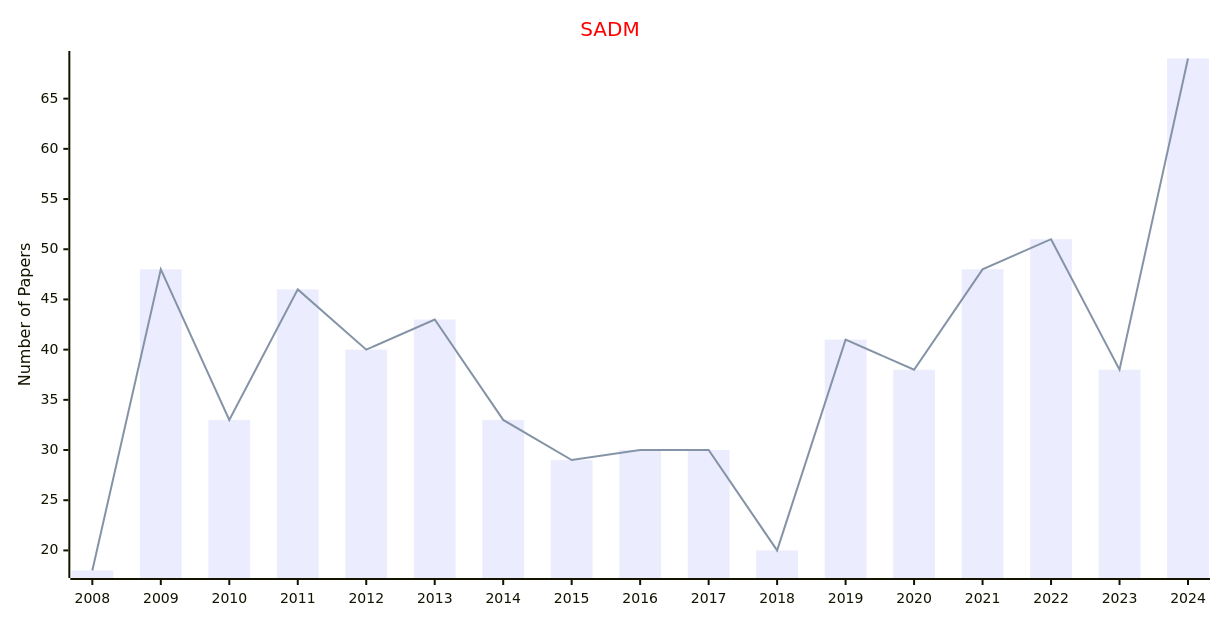
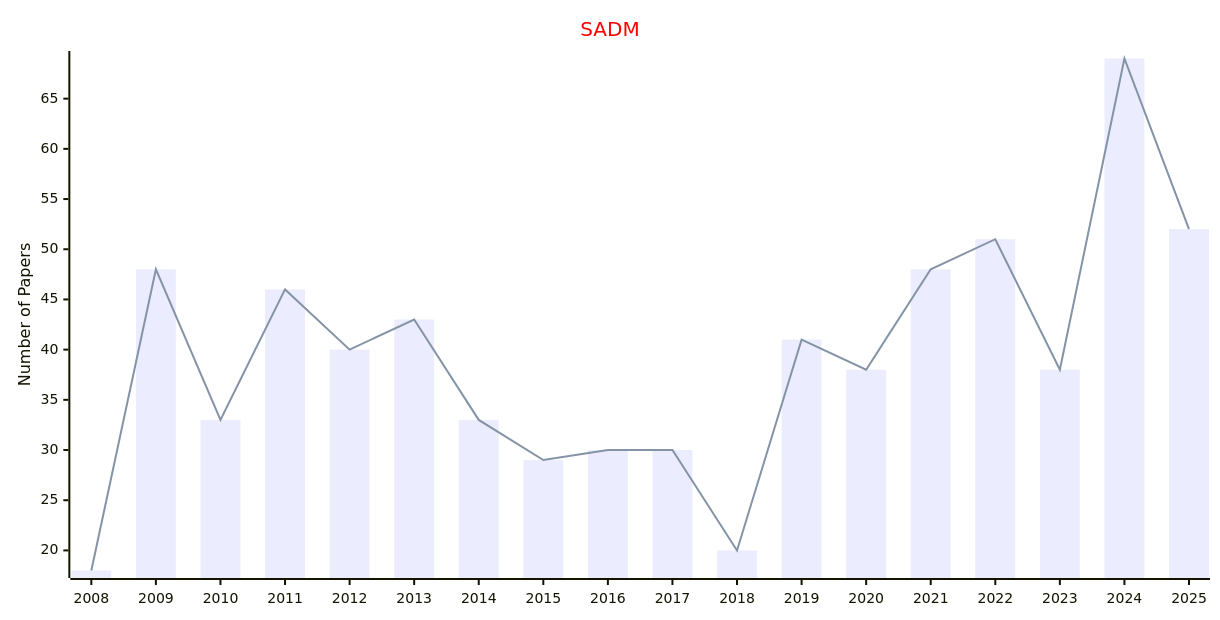
One commit to Easy-PhD/AILinks changed the diagram in docs/data/Journals/Statistics_Journals/Statistical_Analysis.md. Above: the diagram before and after it, drawn with Mermaid. The commit also changed 107 other files, not shown here.

````diff
--- a/docs/data/Journals/Statistics_Journals/Statistical_Analysis.md
+++ b/docs/data/Journals/Statistics_Journals/Statistical_Analysis.md
@@ -9,17 +9,17 @@
 ```mermaid
 ---
 config:
     xyChart:
         width: 1200
         height: 600
     themeVariables:
         xyChart:
             titleColor: "#ff0000"
 ---
 xychart-beta
     title "SADM"
-    x-axis [2008, 2009, 2010, 2011, 2012, 2013, 2014, 2015, 2016, 2017, 2018, 2019, 2020, 2021, 2022, 2023, 2024]
+    x-axis [2008, 2009, 2010, 2011, 2012, 2013, 2014, 2015, 2016, 2017, 2018, 2019, 2020, 2021, 2022, 2023, 2024, 2025]
     y-axis "Number of Papers"
-    bar [18, 48, 33, 46, 40, 43, 33, 29, 30, 30, 20, 41, 38, 48, 51, 38, 69]
-    line [18, 48, 33, 46, 40, 43, 33, 29, 30, 30, 20, 41, 38, 48, 51, 38, 69]
+    bar [18, 48, 33, 46, 40, 43, 33, 29, 30, 30, 20, 41, 38, 48, 51, 38, 69, 52]
+    line [18, 48, 33, 46, 40, 43, 33, 29, 30, 30, 20, 41, 38, 48, 51, 38, 69, 52]
 ```
````
